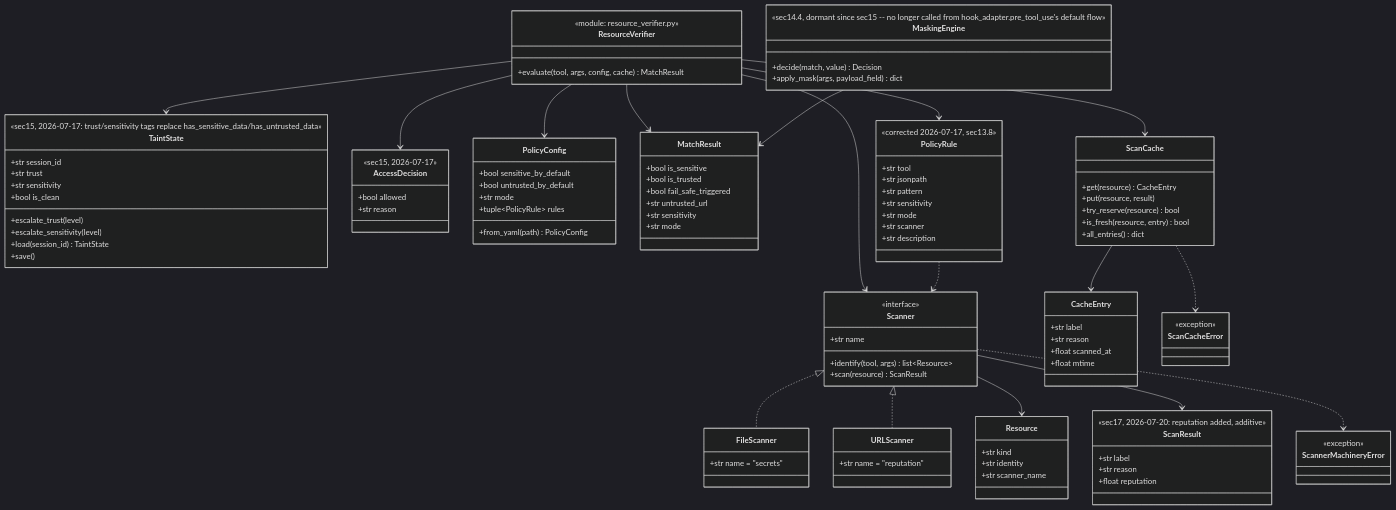
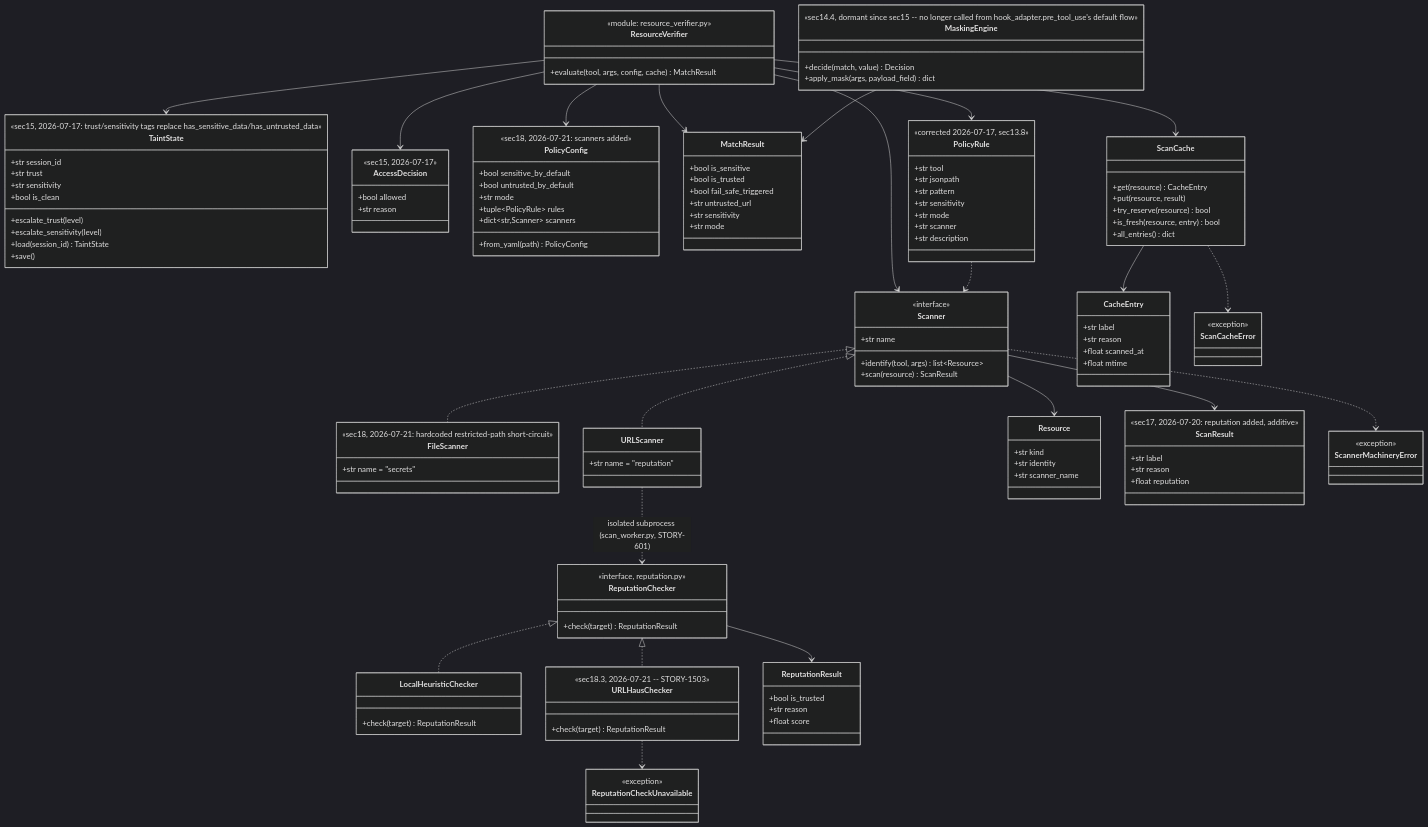
One commit to drusifer/Scalene changed the second of 5 diagrams in docs/ARCHITECTURE.md. Above: the diagram before and after it, drawn with Mermaid (dark theme). The commit also changed other lines of this file and 76 other files, not shown here.

````diff
--- a/docs/ARCHITECTURE.md
+++ b/docs/ARCHITECTURE.md
@@ -58,10 +58,12 @@
         +str reason
     }
     class PolicyConfig {
+        <<sec18, 2026-07-21: scanners added>>
         +bool sensitive_by_default
         +bool untrusted_by_default
         +str mode
         +tuple~PolicyRule~ rules
+        +dict~str,Scanner~ scanners
         +from_yaml(path) PolicyConfig
     }
     class MatchResult {
@@ -93,10 +95,30 @@
         +scan(resource) ScanResult
     }
     class FileScanner {
+        <<sec18, 2026-07-21: hardcoded restricted-path short-circuit>>
         +str name = "secrets"
     }
     class URLScanner {
         +str name = "reputation"
+    }
+    class ReputationChecker {
+        <<interface, reputation.py>>
+        +check(target) ReputationResult
+    }
+    class LocalHeuristicChecker {
+        +check(target) ReputationResult
+    }
+    class URLHausChecker {
+        <<sec18.3, 2026-07-21 -- STORY-1503>>
+        +check(target) ReputationResult
+    }
+    class ReputationResult {
+        +bool is_trusted
+        +str reason
+        +float score
+    }
+    class ReputationCheckUnavailable {
+        <<exception>>
     }
     class Resource {
         +str kind
@@ -149,4 +171,9 @@
     ScanCache --> CacheEntry
     ScanCache ..> ScanCacheError
     MaskingEngine --> MatchResult
+    ReputationChecker <|.. LocalHeuristicChecker
+    ReputationChecker <|.. URLHausChecker
+    ReputationChecker --> ReputationResult
+    URLHausChecker ..> ReputationCheckUnavailable
+    URLScanner ..> ReputationChecker : isolated subprocess (scan_worker.py, STORY-601)
 ```
````
